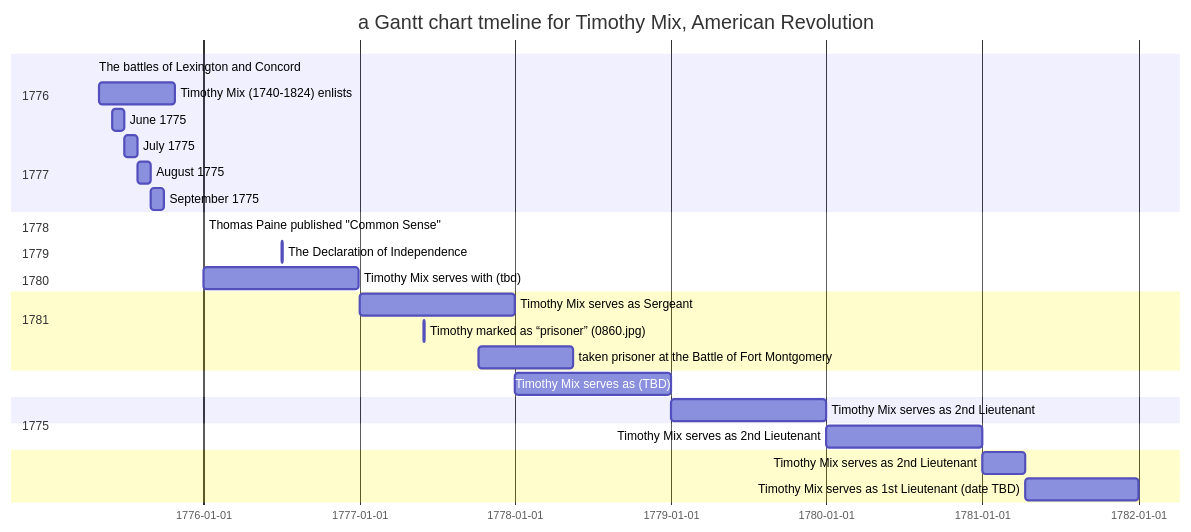
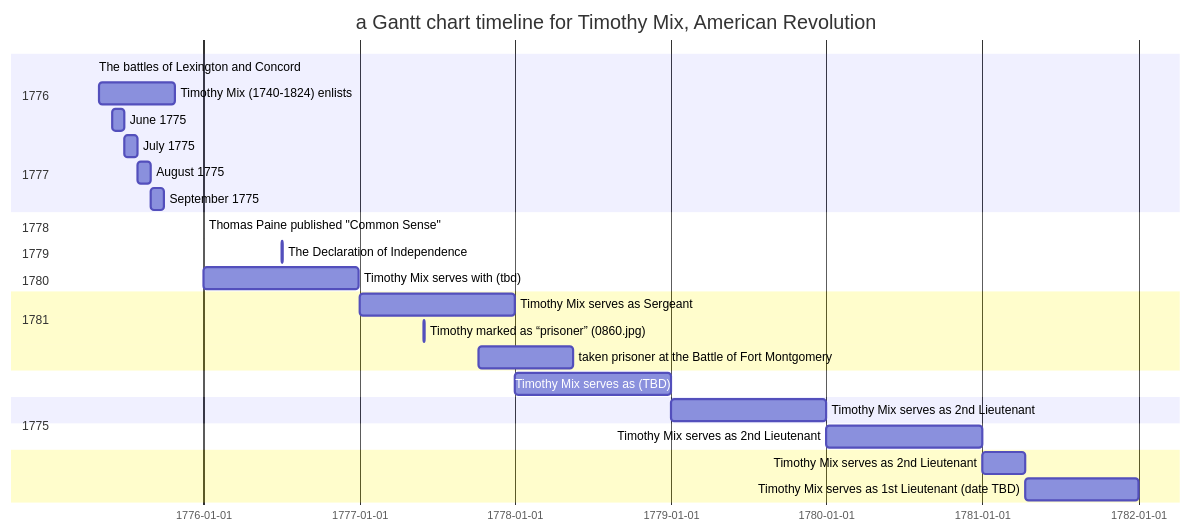
One commit to EeBe22/amer-rev-hist-references changed the diagram in diagrams/timo-mix-rev-years-WIP-Gantt_style.mmd. Above: the diagram before and after it, drawn with Mermaid.

```diff
--- a/diagrams/timo-mix-rev-years-WIP-Gantt_style.mmd
+++ b/diagrams/timo-mix-rev-years-WIP-Gantt_style.mmd
@@ -1,30 +1,30 @@
 ---
 {theme: default}
 ---
 gantt
-    title a Gantt chart tmeline for Timothy Mix, American Revolution
+    title a Gantt chart timeline for Timothy Mix, American Revolution
     dateFormat YYYY-MM-DD
     section 1775    
-        The battles of Lexington and Concord          :a1, 1775-04-19, 1d
+        The battles of Lexington and Concord     :a1, 1775-04-19, 1d
         Timothy Mix (1740-1824) enlists    :a2, 1775-05-1, 180d
         June 1775    :a3, 1775-06-1, 30d
         July 1775    :a4, 1775-07-1, 31d 
         August 1775    :a5, 1775-08-1, 30d 
         September 1775    :a6, 1775-09-1, 30d          
     section 1776
         Thomas Paine published "Common Sense"   :b1, 1776-01-02, 1d
         The Declaration of Independence   :b2, 1776-07-04, 1d
         Timothy Mix serves with (tbd)     :b3, 1776-01-01, 365d
     section 1777
         Timothy Mix serves as Sergeant     :c1, 1777-01-01, 365d
         Timothy marked as “prisoner” (0860.jpg)   :c2, 1777-06-01, 1d
         taken prisoner at the Battle of Fort Montgomery   :c3, 1777-10-06 ,32w
     section 1778
         Timothy Mix serves as (TBD)     :c1, 1778-01-01, 365d
     section 1779
         Timothy Mix serves as 2nd Lieutenant     :e1, 1779-01-01, 365d
     section 1780
         Timothy Mix serves as 2nd Lieutenant     :f1, 1780-01-01, 365d     
     section 1781
         Timothy Mix serves as 2nd Lieutenant     :g1, 1781-01-01, 100d 
         Timothy Mix serves as 1st Lieutenant (date TBD)    :g2, after g1, 265d
```
